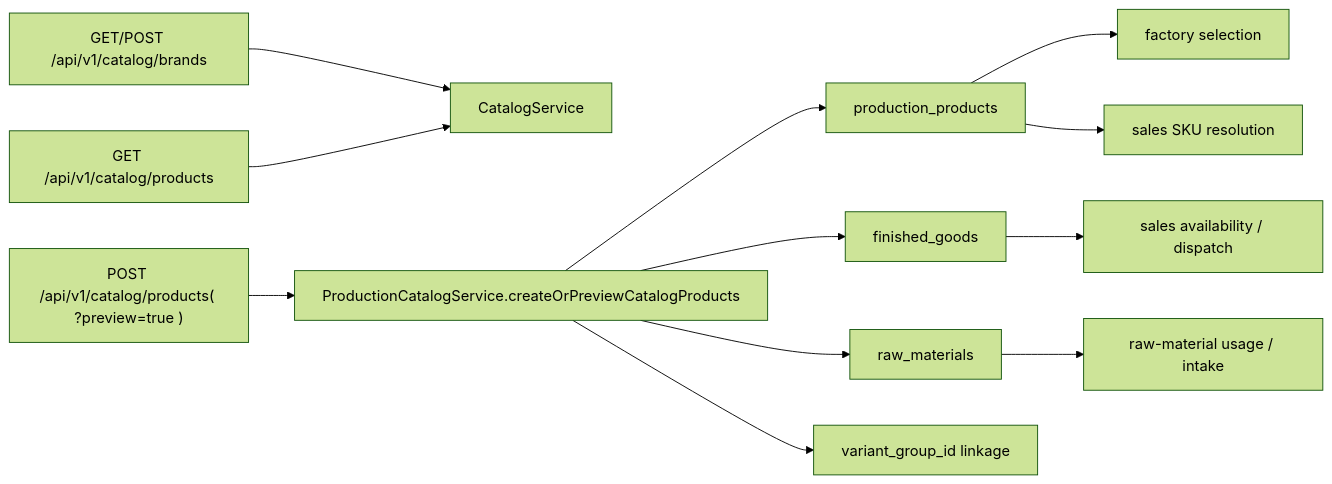
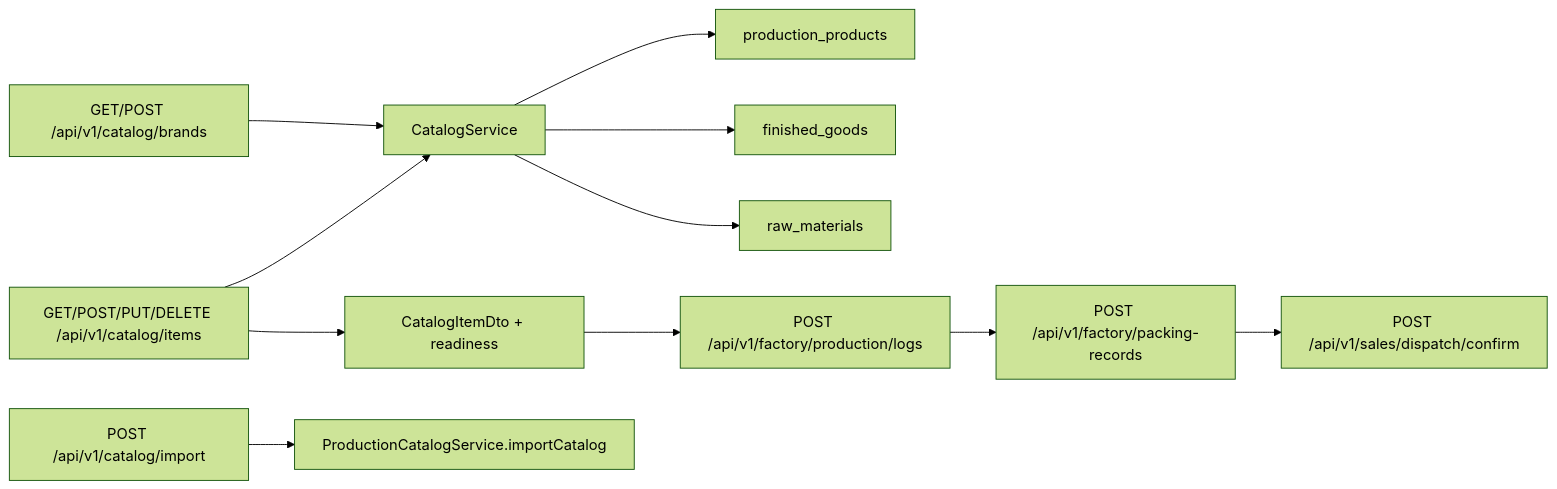
The diagram in docs/developer/catalog-consolidation/01-current-state-flow.md (evilfps/bigbrightpaints-erp), drawn with Mermaid (forest theme) before and after one commit. The commit also changed other lines of this file and 13 other files, not shown here.

Commit message:
docs(factory): align developer packets with canonical item flow

````diff
--- a/docs/developer/catalog-consolidation/01-current-state-flow.md
+++ b/docs/developer/catalog-consolidation/01-current-state-flow.md
@@ -25,16 +28,15 @@
 ```mermaid
 flowchart LR
     BRANDS["GET/POST /api/v1/catalog/brands"] --> CS["CatalogService"]
-    PRODUCTS["POST /api/v1/catalog/products( ?preview=true )"] --> PCS["ProductionCatalogService.createOrPreviewCatalogProducts"]
-    SEARCH["GET /api/v1/catalog/products"] --> CS
+    ITEMS["GET/POST/PUT/DELETE /api/v1/catalog/items"] --> CS
+    IMPORT["POST /api/v1/catalog/import"] --> PCS["ProductionCatalogService.importCatalog"]
 
-    PCS --> PP["production_products"]
-    PCS --> FG["finished_goods"]
-    PCS --> RM["raw_materials"]
-    PCS --> VG["variant_group_id linkage"]
+    CS --> PP["production_products"]
+    CS --> FG["finished_goods"]
+    CS --> RM["raw_materials"]
+    ITEMS --> READY["CatalogItemDto + readiness"]
 
-    PP --> FACT["factory selection"]
-    PP --> SALESA["sales SKU resolution"]
-    FG --> SALESB["sales availability / dispatch"]
-    RM --> INV["raw-material usage / intake"]
+    READY --> BATCH["POST /api/v1/factory/production/logs"]
+    BATCH --> PACK["POST /api/v1/factory/packing-records"]
+    PACK --> DISPATCH["POST /api/v1/sales/dispatch/confirm"]
 ```
````
